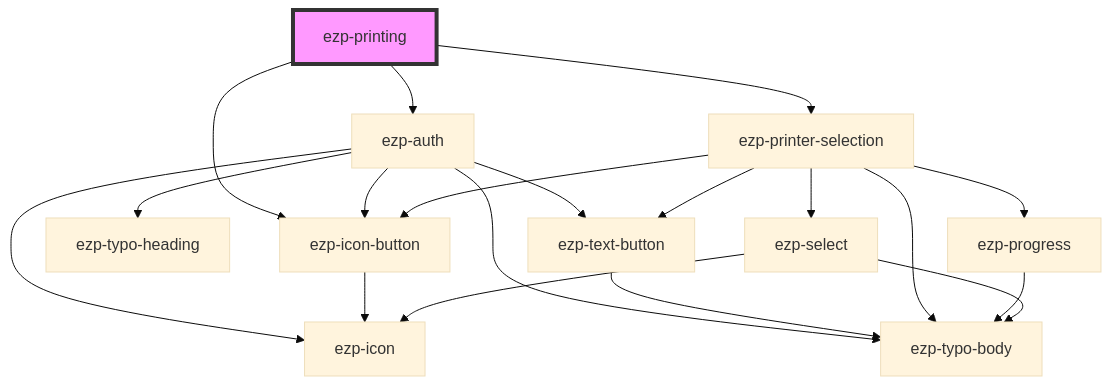
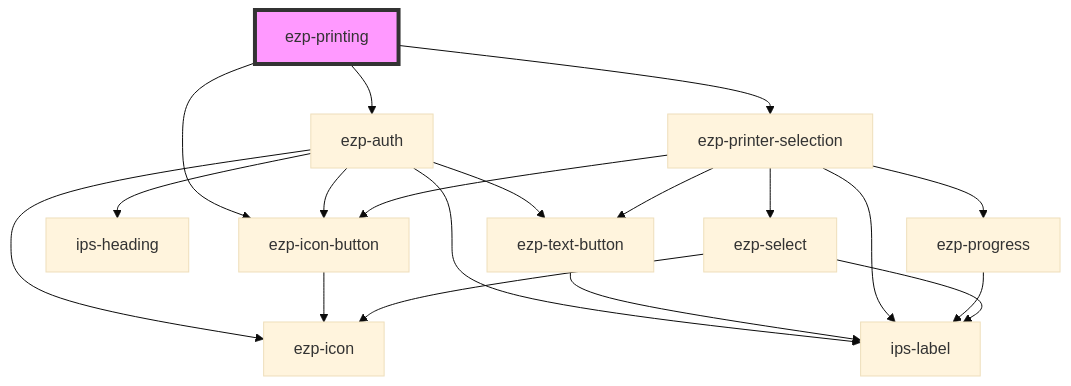
The diagram in src/components/ezp-printing/readme.md (ezeep/ezeep-js), drawn with Mermaid (base theme) before and after one commit. The commit also changed other lines of this file and 26 other files, not shown here.

````diff
--- a/src/components/ezp-printing/readme.md
+++ b/src/components/ezp-printing/readme.md
@@ -47,22 +36,22 @@
 ```mermaid
 graph TD;
   ezp-printing --> ezp-auth
   ezp-printing --> ezp-printer-selection
   ezp-printing --> ezp-icon-button
   ezp-auth --> ezp-icon-button
   ezp-auth --> ezp-icon
-  ezp-auth --> ezp-typo-heading
-  ezp-auth --> ezp-typo-body
+  ezp-auth --> ips-heading
+  ezp-auth --> ips-label
   ezp-auth --> ezp-text-button
   ezp-icon-button --> ezp-icon
-  ezp-text-button --> ezp-typo-body
+  ezp-text-button --> ips-label
   ezp-printer-selection --> ezp-progress
-  ezp-printer-selection --> ezp-typo-body
+  ezp-printer-selection --> ips-label
   ezp-printer-selection --> ezp-icon-button
   ezp-printer-selection --> ezp-select
   ezp-printer-selection --> ezp-text-button
-  ezp-progress --> ezp-typo-body
+  ezp-progress --> ips-label
   ezp-select --> ezp-icon
-  ezp-select --> ezp-typo-body
+  ezp-select --> ips-label
   style ezp-printing fill:#f9f,stroke:#333,stroke-width:4px
 ```
````
